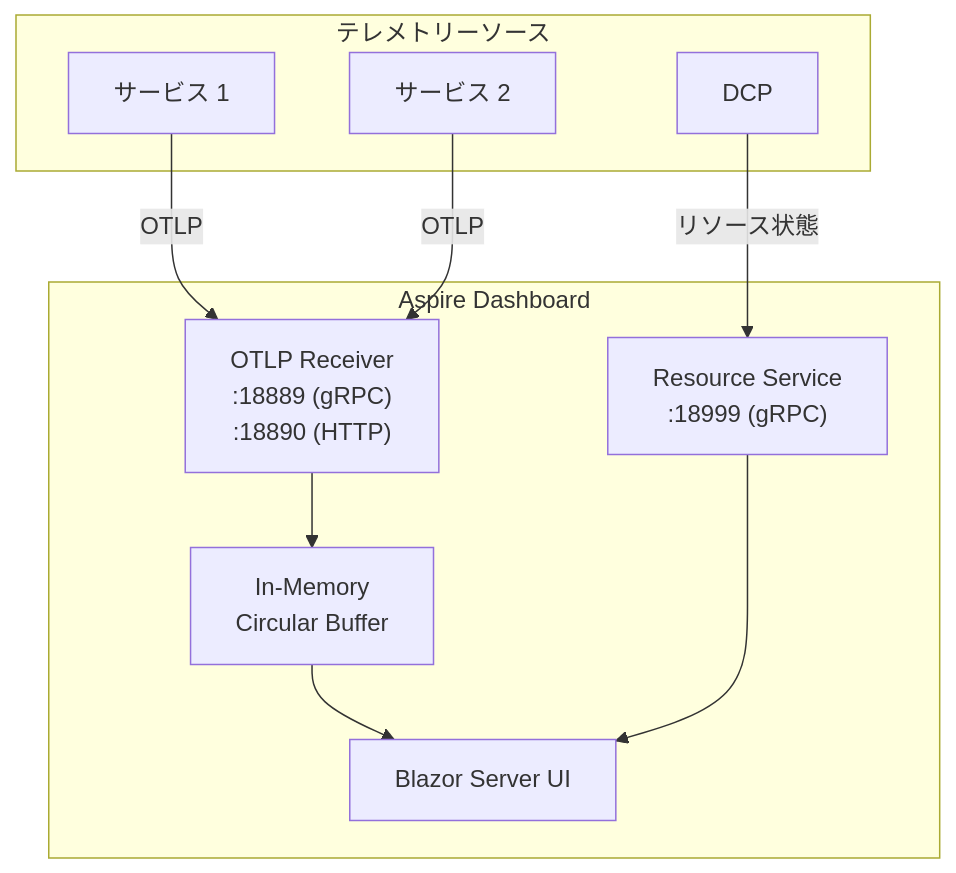
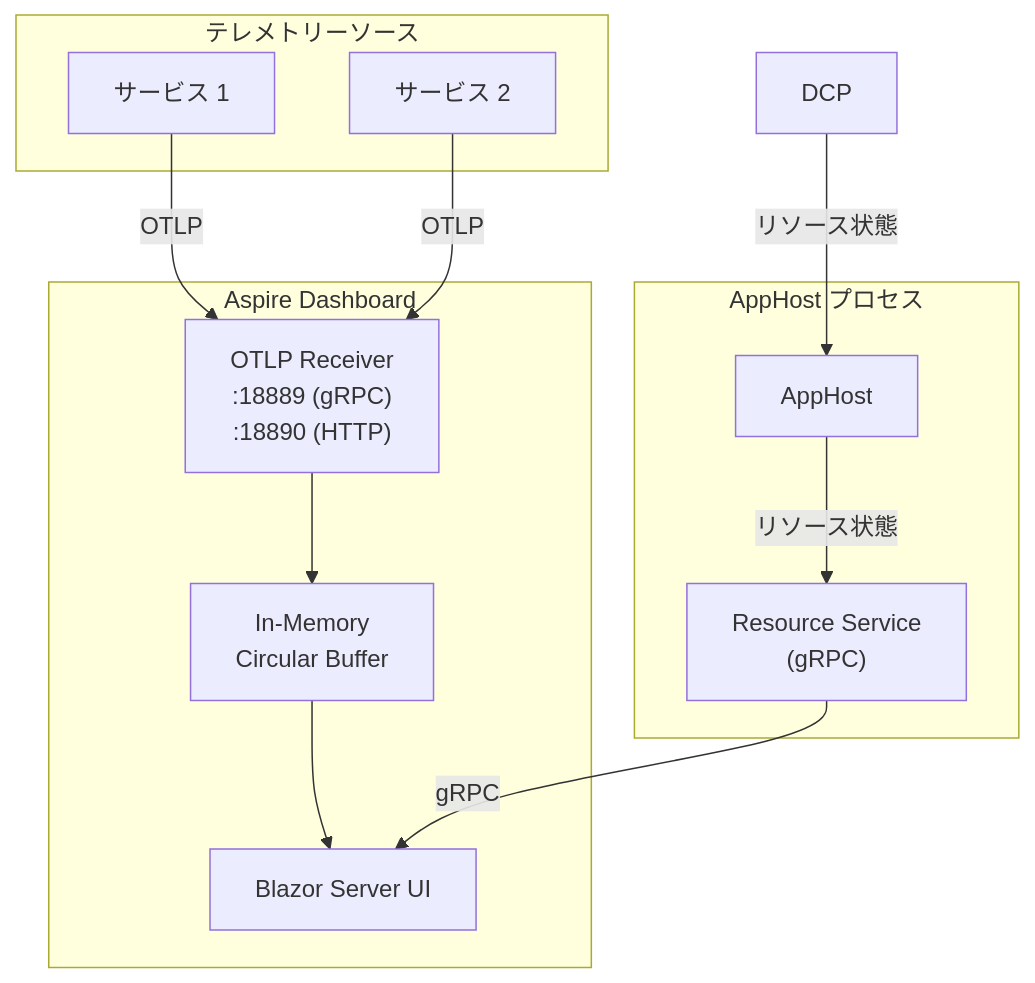
Diagram 11 of 18 in content/blog/ja/dotnet-aspire.mdx (yoichiozaki/yoichiozaki.github.io), drawn with Mermaid before and after one commit. The commit also changed other lines of this file and 116 other files, not shown here.

````diff
--- a/content/blog/ja/dotnet-aspire.mdx
+++ b/content/blog/ja/dotnet-aspire.mdx
@@ -693,22 +693,28 @@
 ```mermaid
 graph TD
     subgraph Dashboard["Aspire Dashboard"]
         UI["Blazor Server UI"]
         OTLPReceiver["OTLP Receiver<br/>:18889 (gRPC)<br/>:18890 (HTTP)"]
-        ResourceServer["Resource Service<br/>:18999 (gRPC)"]
         Storage["In-Memory<br/>Circular Buffer"]
     end
 
     subgraph Sources["テレメトリーソース"]
         App1["サービス 1"]
         App2["サービス 2"]
-        DCP["DCP"]
     end
+
+    subgraph AppHostProc["AppHost プロセス"]
+        AppHost["AppHost"]
+        ResourceServer["Resource Service<br/>(gRPC)"]
+    end
+
+    DCP["DCP"]
 
     App1 -->|OTLP| OTLPReceiver
     App2 -->|OTLP| OTLPReceiver
-    DCP -->|リソース状態| ResourceServer
+    DCP -->|リソース状態| AppHost
+    AppHost -->|リソース状態| ResourceServer
     OTLPReceiver --> Storage
     Storage --> UI
-    ResourceServer --> UI
+    ResourceServer -->|gRPC| UI
 ```
````
